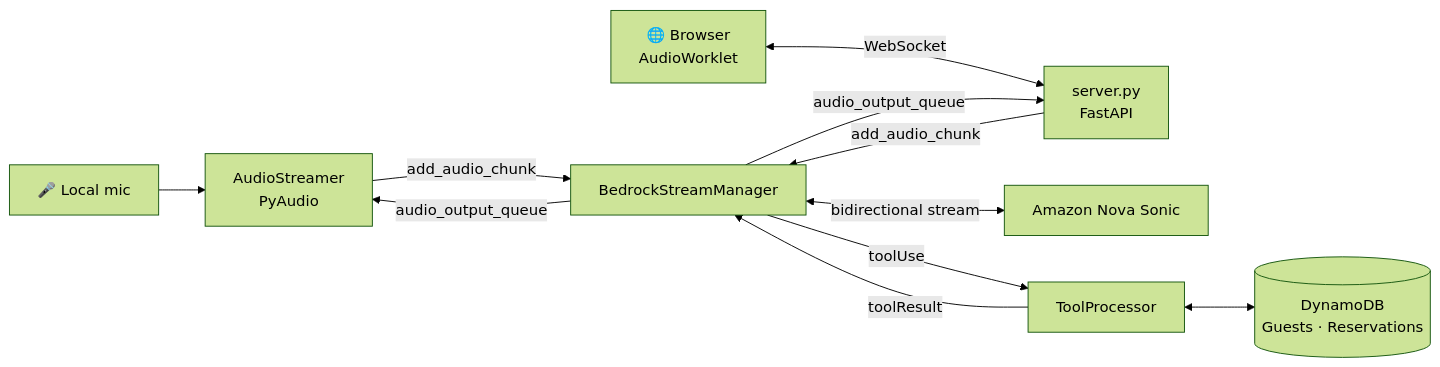
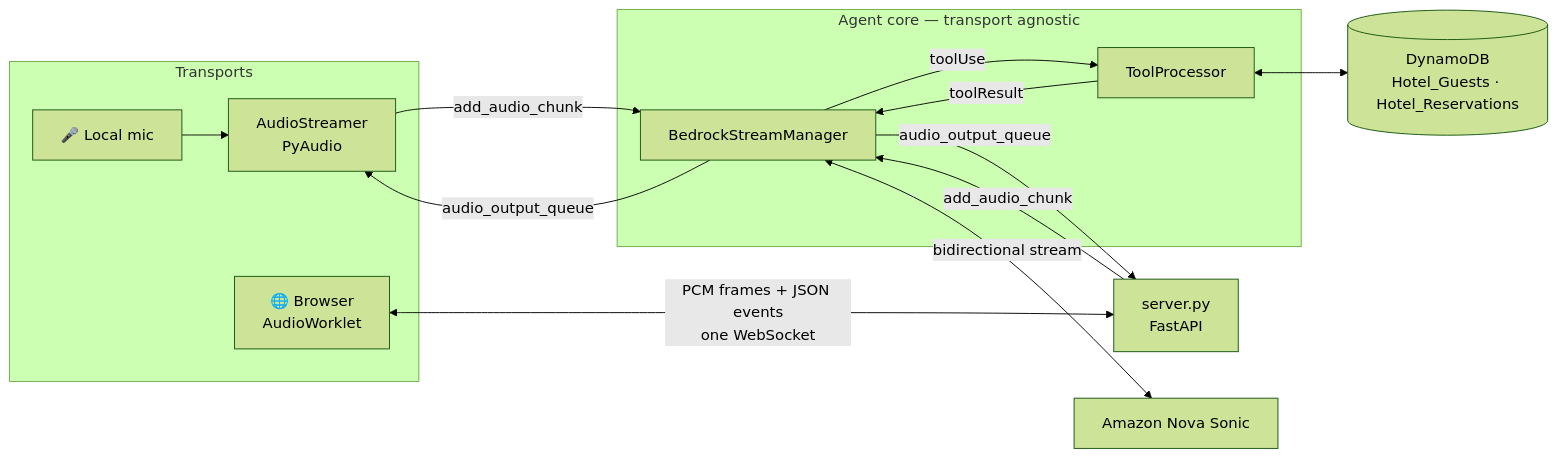
Before and after one commit to sathwika05/Real-Time-Voice-Reservation-Agent: the first of 2 diagrams in README.md, drawn with Mermaid (forest theme). The commit also changed other lines of this file, not shown here.

````diff
--- a/README.md
+++ b/README.md
@@ -27,13 +27,23 @@
 ```mermaid
 flowchart LR
-    Mic["🎤 Local mic"] --> AS["AudioStreamer<br/>PyAudio"]
-    Browser["🌐 Browser<br/>AudioWorklet"] <-->|"WebSocket"| WS["server.py<br/>FastAPI"]
-    AS -->|"add_audio_chunk"| BSM["BedrockStreamManager"]
+    subgraph clients["Transports"]
+        Mic["🎤 Local mic"] --> AS["AudioStreamer<br/>PyAudio"]
+        Browser["🌐 Browser<br/>AudioWorklet"]
+    end
+
+    Browser <-->|"PCM frames + JSON events<br/>one WebSocket"| WS["server.py<br/>FastAPI"]
+
+    subgraph core["Agent core — transport agnostic"]
+        BSM["BedrockStreamManager"]
+        TP["ToolProcessor"]
+    end
+
+    AS -->|"add_audio_chunk"| BSM
     WS -->|"add_audio_chunk"| BSM
     BSM <-->|"bidirectional stream"| NS["Amazon Nova Sonic"]
-    BSM -->|"toolUse"| TP["ToolProcessor"]
-    TP <--> DDB[("DynamoDB<br/>Guests · Reservations")]
+    BSM -->|"toolUse"| TP
+    TP <--> DDB[("DynamoDB<br/>Hotel_Guests · Hotel_Reservations")]
     TP -->|"toolResult"| BSM
     BSM -->|"audio_output_queue"| AS
     BSM -->|"audio_output_queue"| WS
 ```
````
